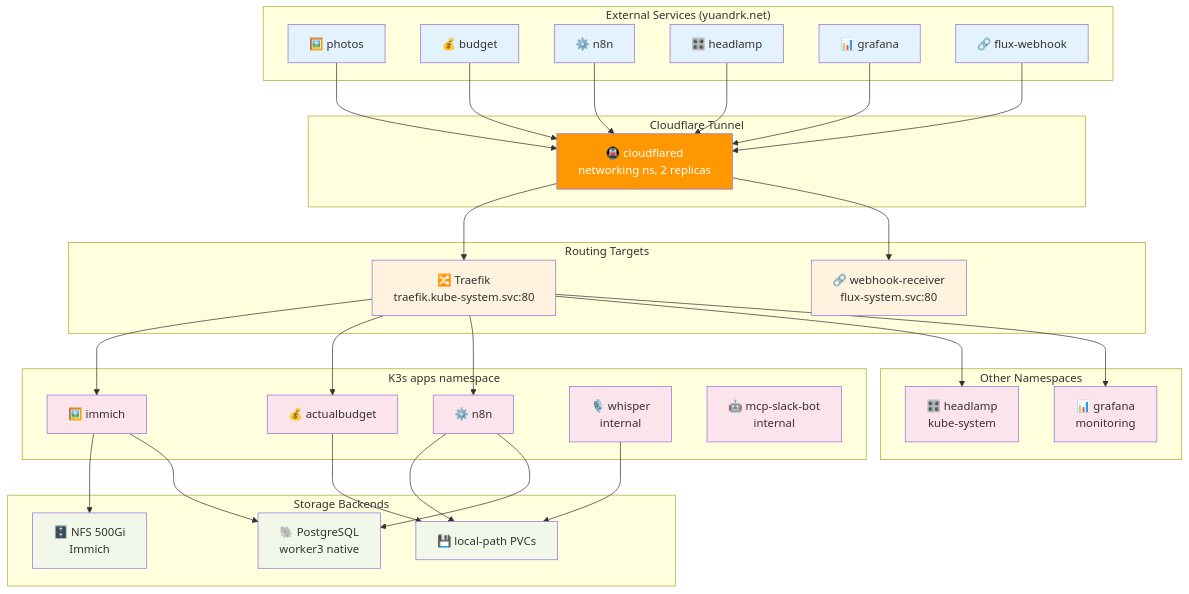
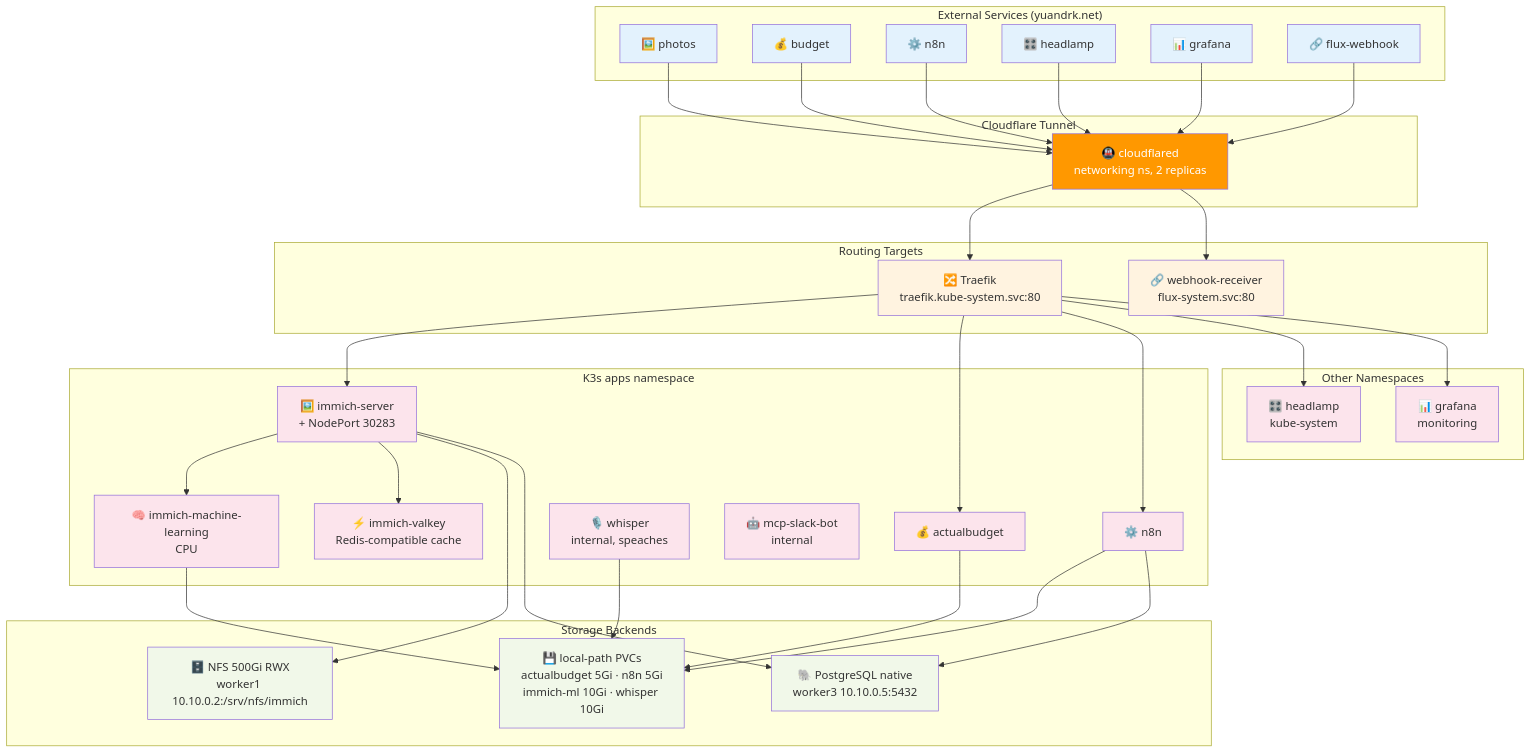
One commit to yuandrk/homelabops changed the fifth of 6 diagrams in docs/architecture-diagrams.md. Above: the diagram before and after it, drawn with Mermaid. The commit also changed other lines of this file, not shown here.

First line of the commit message:
docs: rewrite architecture diagrams to match live cluster state

````diff
--- a/docs/architecture-diagrams.md
+++ b/docs/architecture-diagrams.md
@@ -283,10 +297,12 @@
     end
 
     subgraph "K3s apps namespace"
-        ImmichApp[🖼️ immich]
+        ImmichApp[🖼️ immich-server<br/>+ NodePort 30283]
+        ImmichML[🧠 immich-machine-learning<br/>CPU]
+        Valkey[⚡ immich-valkey<br/>Redis-compatible cache]
         ActualApp[💰 actualbudget]
         N8nApp[⚙️ n8n]
-        WhisperApp[🎙️ whisper<br/>internal]
+        WhisperApp[🎙️ whisper<br/>internal, speaches]
         MCPBotApp[🤖 mcp-slack-bot<br/>internal]
     end
 
@@ -296,9 +312,9 @@
     end
 
     subgraph "Storage Backends"
-        LocalPV[💾 local-path PVCs]
-        NFSPV[🗄️ NFS 500Gi<br/>Immich]
-        PG[🐘 PostgreSQL<br/>worker3 native]
+        LocalPV[💾 local-path PVCs<br/>actualbudget 5Gi · n8n 5Gi<br/>immich-ml 10Gi · whisper 10Gi]
+        NFSPV[🗄️ NFS 500Gi RWX<br/>worker1 10.10.0.2:/srv/nfs/immich]
+        PG[🐘 PostgreSQL native<br/>worker3 10.10.0.5:5432]
     end
 
     %% External → Tunnel
@@ -320,10 +336,15 @@
     TraefikSvc --> HeadlampApp
     TraefikSvc --> GrafanaApp
 
+    %% Immich internals
+    ImmichApp --> ImmichML
+    ImmichApp --> Valkey
+
     %% Storage
     ActualApp --> LocalPV
     N8nApp --> LocalPV
     WhisperApp --> LocalPV
+    ImmichML --> LocalPV
     ImmichApp --> NFSPV
     ImmichApp --> PG
     N8nApp --> PG
@@ -337,6 +358,6 @@
     class Photos,Budget,N8nExt,HeadlampExt,GrafanaExt,Webhook external
     class CFT tunnel
     class TraefikSvc,WebhookSvc host
-    class ImmichApp,ActualApp,N8nApp,WhisperApp,MCPBotApp,HeadlampApp,GrafanaApp k8s
+    class ImmichApp,ImmichML,Valkey,ActualApp,N8nApp,WhisperApp,MCPBotApp,HeadlampApp,GrafanaApp k8s
     class LocalPV,NFSPV,PG storage
 ```
````
